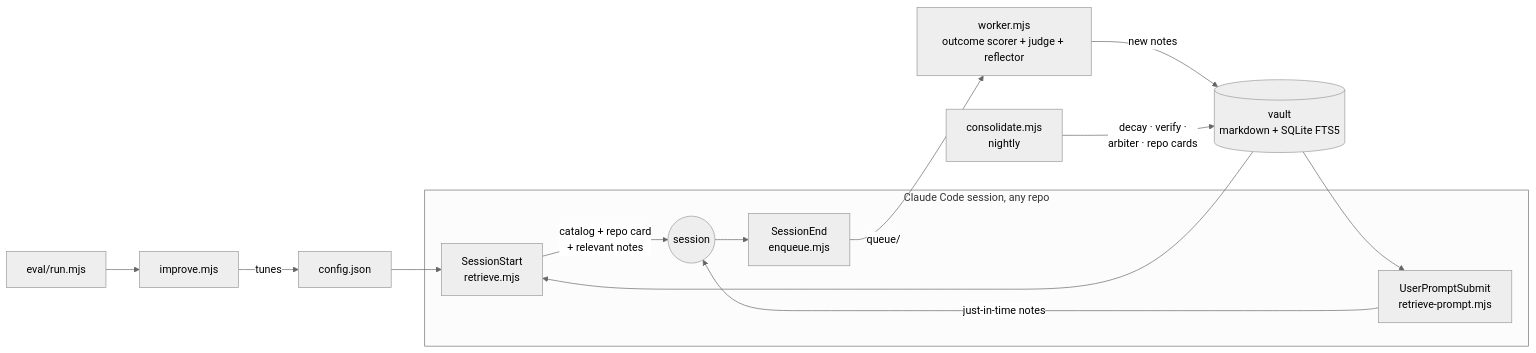
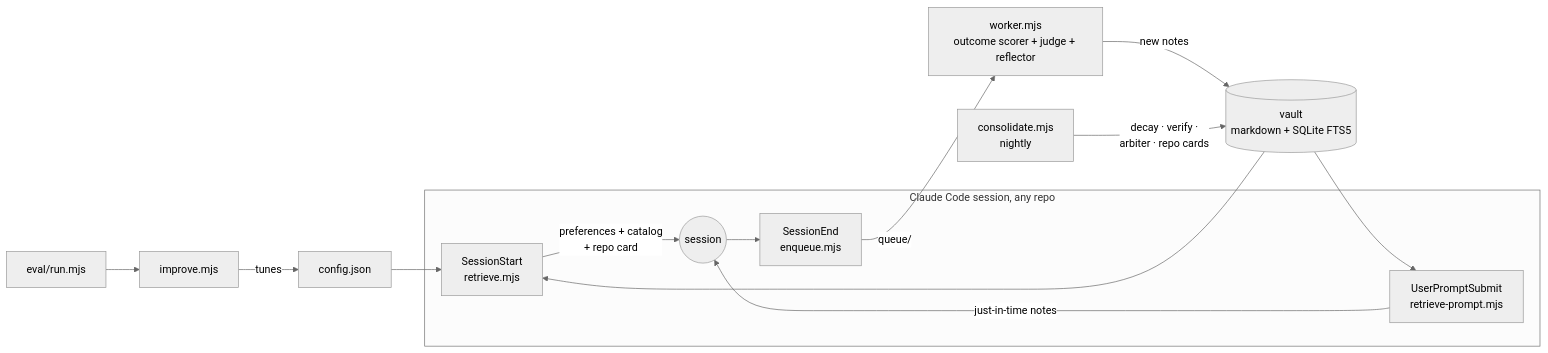
One commit to kirti34n/unified-mem changed the diagram in README.md. Above: the diagram before and after it, drawn with Mermaid (neutral theme). The commit also changed other lines of this file, not shown here.

````diff
--- a/README.md
+++ b/README.md
@@ -37,14 +97,14 @@
 ```mermaid
 flowchart LR
     subgraph session [Claude Code session, any repo]
-        A[SessionStart<br/>retrieve.mjs] -->|catalog + repo card<br/>+ relevant notes| B((session))
+        A[SessionStart<br/>retrieve.mjs] -->|preferences + catalog<br/>+ repo card| B((session))
         P[UserPromptSubmit<br/>retrieve-prompt.mjs] -->|just-in-time notes| B
         B --> C[SessionEnd<br/>enqueue.mjs]
     end
     C -->|queue/| D[worker.mjs<br/>outcome scorer + judge + reflector]
     D -->|new notes| V[(vault<br/>markdown + SQLite FTS5)]
     V --> A
     V --> P
     N[consolidate.mjs<br/>nightly] -->|decay · verify ·<br/>arbiter · repo cards| V
     E[eval/run.mjs] --> I[improve.mjs] -->|tunes| K[config.json] --> A
 ```
````
